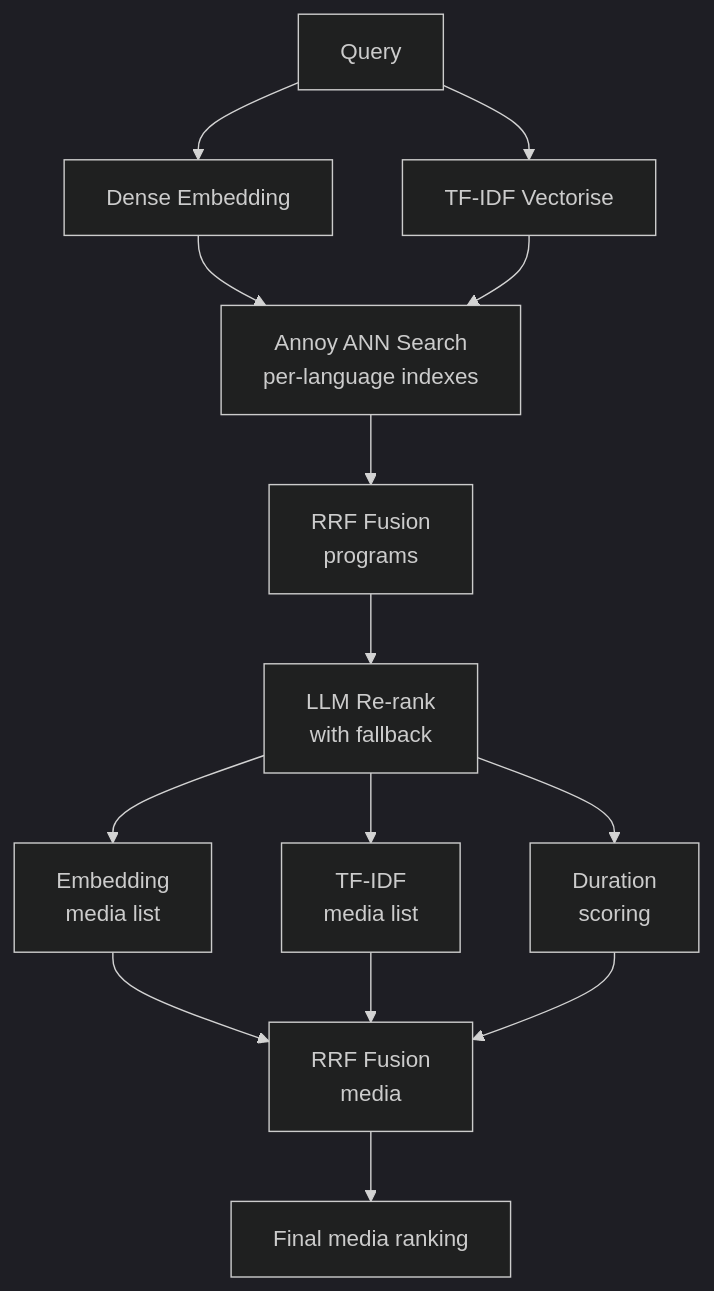
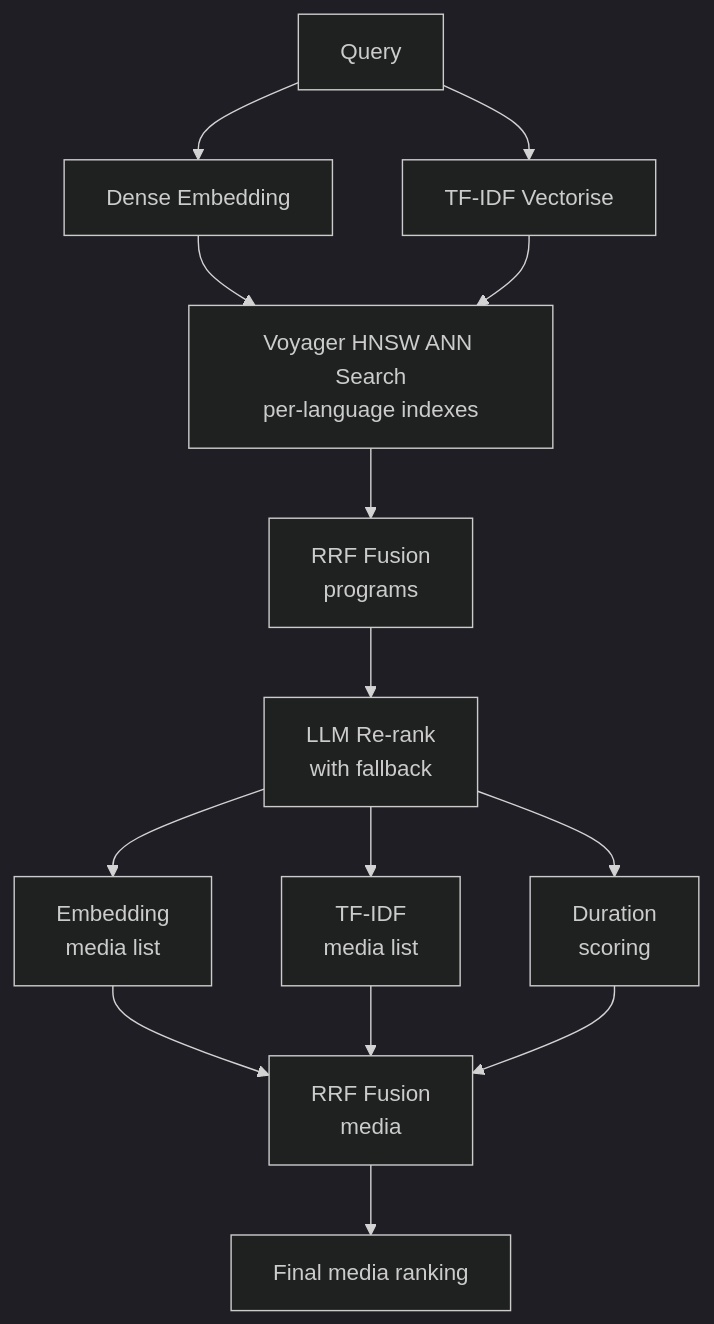
The diagram in README.md (nlorber/hybrid-recsys), drawn with Mermaid (dark theme) before and after one commit. The commit also changed other lines of this file and 14 other files, not shown here.

Commit message:
fix: replace annoy with voyager to resolve macos arm64 ann bug

````diff
--- a/README.md
+++ b/README.md
@@ -16,21 +16,21 @@
 ```mermaid
 flowchart TD
     Q[Query] --> EMB[Dense Embedding]
     Q --> TFIDF[TF-IDF Vectorise]
 
-    EMB --> ANN[Annoy ANN Search\nper-language indexes]
+    EMB --> ANN[Voyager HNSW ANN Search\nper-language indexes]
     TFIDF --> ANN
 
     ANN --> RRF1[RRF Fusion\nprograms]
     RRF1 --> LLM[LLM Re-rank\nwith fallback]
 
     LLM --> EMB_M[Embedding\nmedia list]
     LLM --> TFIDF_M[TF-IDF\nmedia list]
     LLM --> DUR[Duration\nscoring]
 
     EMB_M --> RRF2[RRF Fusion\nmedia]
     TFIDF_M --> RRF2
     DUR --> RRF2
 
     RRF2 --> OUT[Final media ranking]
 ```
````
